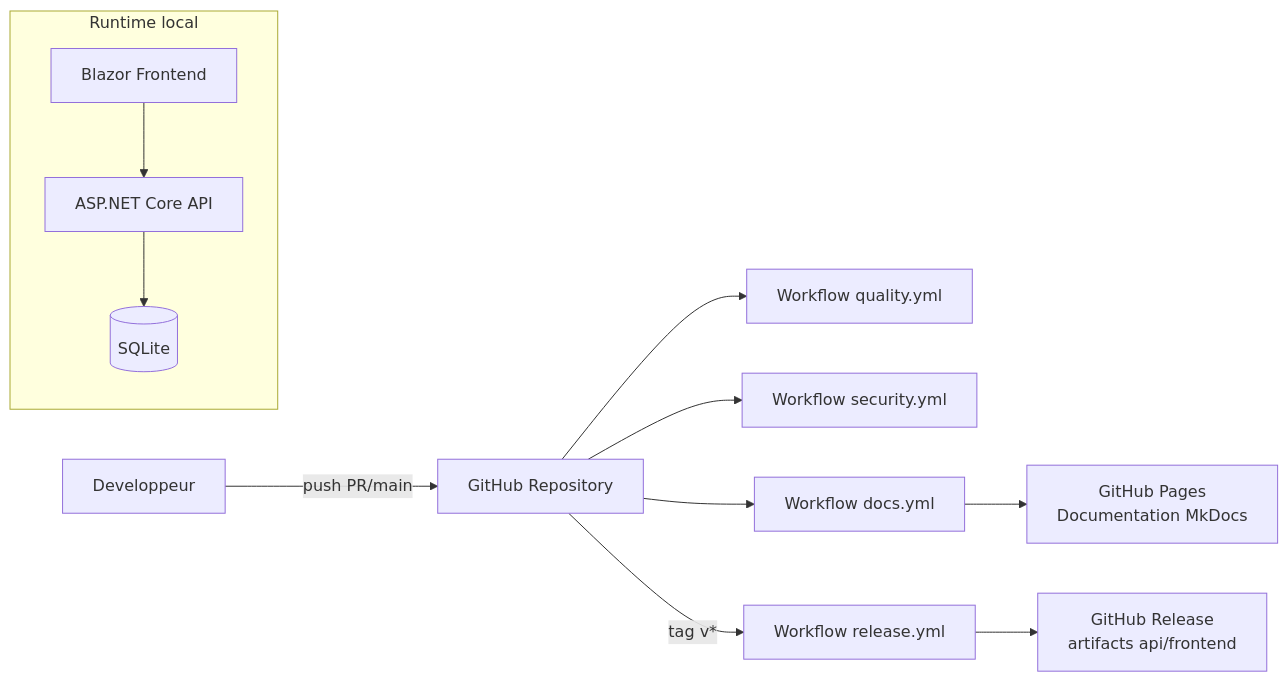
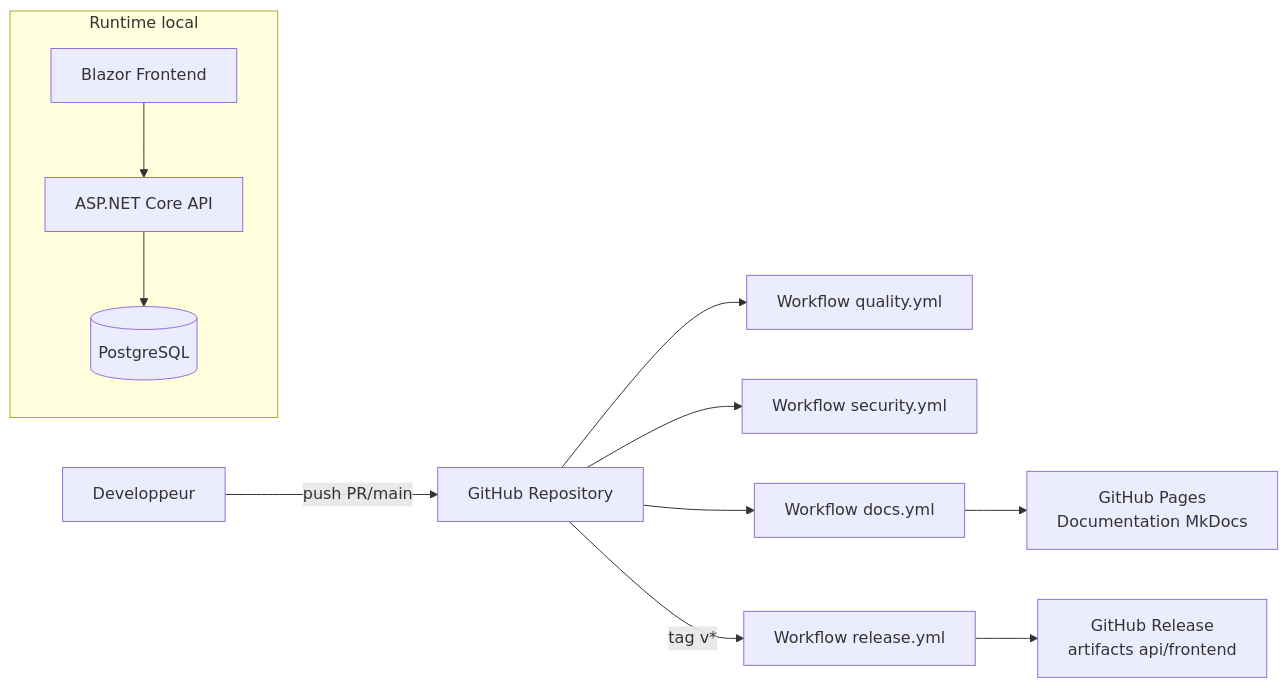
One commit to BAYRYO/AdvancedDevSample changed the diagram in docs/operations.md. Above: the diagram before and after it, drawn with Mermaid. The commit also changed other lines of this file and 158 other files, not shown here.

First line of the commit message:
feat: Add Docker Compose setup for PostgreSQL, API, and Frontend

````diff
--- a/docs/operations.md
+++ b/docs/operations.md
@@ -137,19 +186,19 @@
 ```mermaid
 flowchart LR
   Dev[Developpeur] -->|push PR/main| GH[GitHub Repository]
   GH --> Q[Workflow quality.yml]
   GH --> S[Workflow security.yml]
   GH --> D[Workflow docs.yml]
   GH -->|tag v*| R[Workflow release.yml]
 
   D --> Pages[GitHub Pages<br/>Documentation MkDocs]
   R --> Rel[GitHub Release<br/>artifacts api/frontend]
 
   subgraph Runtime local
     FE[Blazor Frontend]
     API[ASP.NET Core API]
-    DB[(SQLite)]
+    DB[(PostgreSQL)]
     FE --> API
     API --> DB
   end
 ```
````
